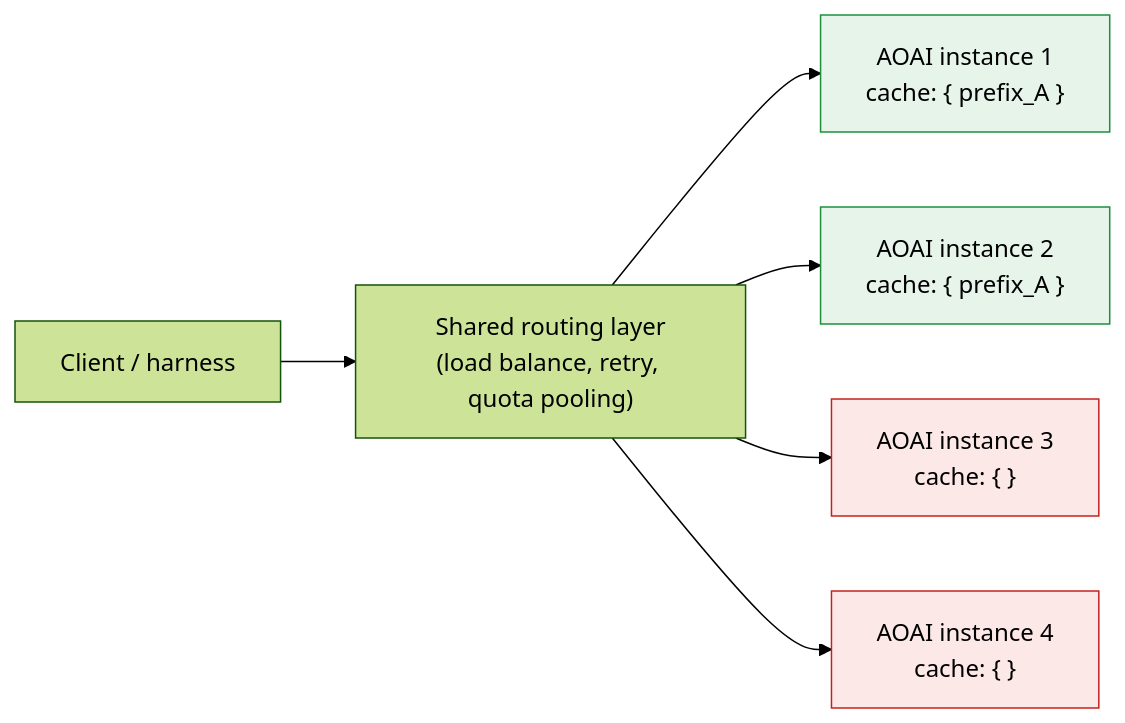
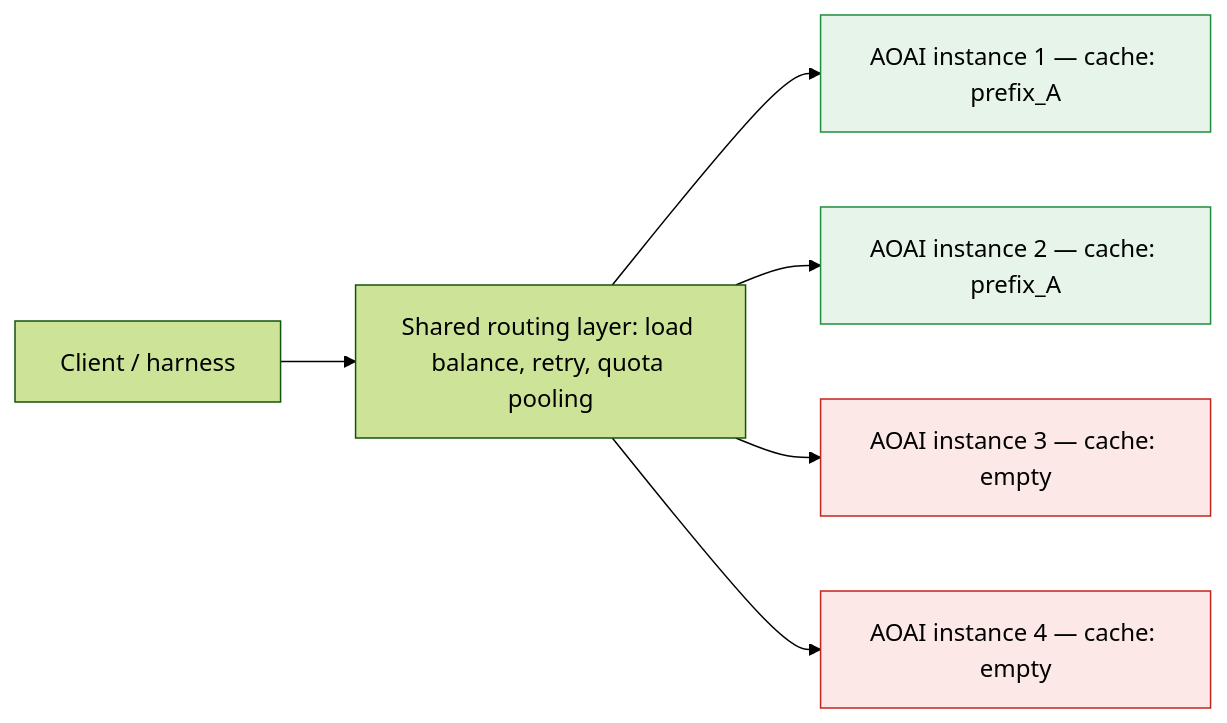
Before and after one commit to herohua/tech-notes: the second of 2 diagrams in notes/prompt-caching-end-to-end.md, drawn with Mermaid (forest theme). The commit also changed other lines of this file, not shown here.

Commit message:
Fix mermaid diagrams: remove <br/> and braces that break GitHub render

````diff
--- a/notes/prompt-caching-end-to-end.md
+++ b/notes/prompt-caching-end-to-end.md
@@ -117,12 +117,12 @@
 ```mermaid
 flowchart LR
-    C["Client / harness"] --> R["Shared routing layer<br/>(load balance, retry, quota pooling)"]
-    R --> I1["AOAI instance 1<br/>cache: { prefix_A }"]
-    R --> I2["AOAI instance 2<br/>cache: { prefix_A }"]
-    R --> I3["AOAI instance 3<br/>cache: { }"]
-    R --> I4["AOAI instance 4<br/>cache: { }"]
+    C["Client / harness"] --> R["Shared routing layer: load balance, retry, quota pooling"]
+    R --> I1["AOAI instance 1 — cache: prefix_A"]
+    R --> I2["AOAI instance 2 — cache: prefix_A"]
+    R --> I3["AOAI instance 3 — cache: empty"]
+    R --> I4["AOAI instance 4 — cache: empty"]
     classDef warm fill:#e6f4ea,stroke:#1e8e3e,color:#000
     classDef cold fill:#fce8e6,stroke:#c5221f,color:#000
     class I1,I2 warm
     class I3,I4 cold
 ```
````
